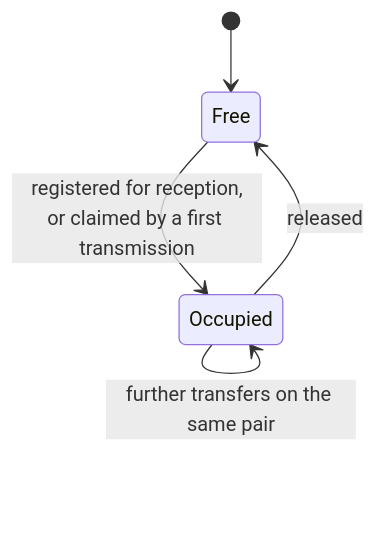
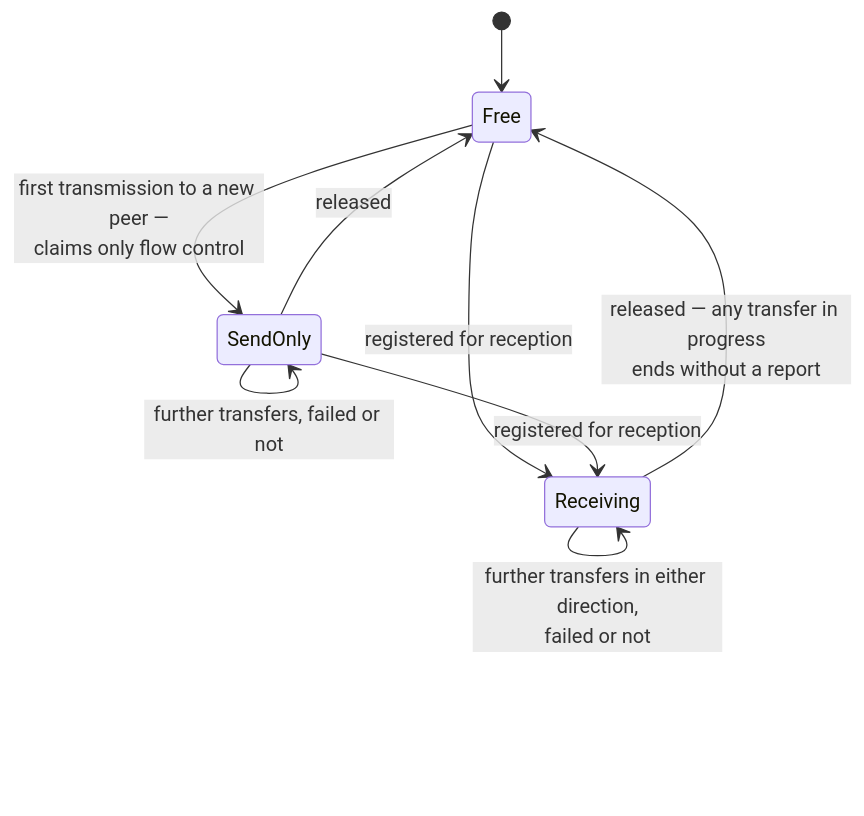
One commit to embedded-pro/can-lite changed the first of 4 diagrams in documents/booklet/08-isotp-state-machines.md. Above: the diagram before and after it, drawn with Mermaid. The commit also changed other lines of this file and 23 other files, not shown here.

````diff
--- a/documents/booklet/08-isotp-state-machines.md
+++ b/documents/booklet/08-isotp-state-machines.md
@@ -23,7 +26,11 @@
 ```mermaid
 stateDiagram-v2
     [*] --> Free
-    Free --> Occupied : registered for reception,<br/>or claimed by a first transmission
-    Occupied --> Occupied : further transfers on the same pair
-    Occupied --> Free : released
+    Free --> SendOnly : first transmission to a new peer —<br/>claims only flow control
+    Free --> Receiving : registered for reception
+    SendOnly --> Receiving : registered for reception
+    SendOnly --> SendOnly : further transfers, failed or not
+    Receiving --> Receiving : further transfers in either direction,<br/>failed or not
+    SendOnly --> Free : released
+    Receiving --> Free : released — any transfer in progress<br/>ends without a report
 ```
````
